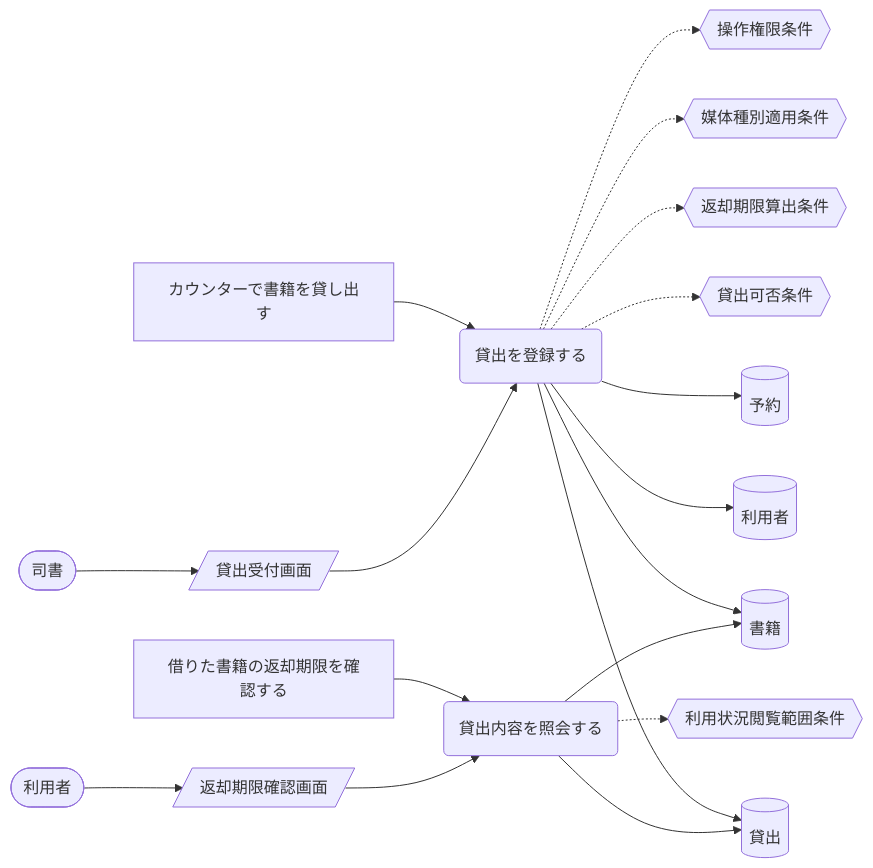
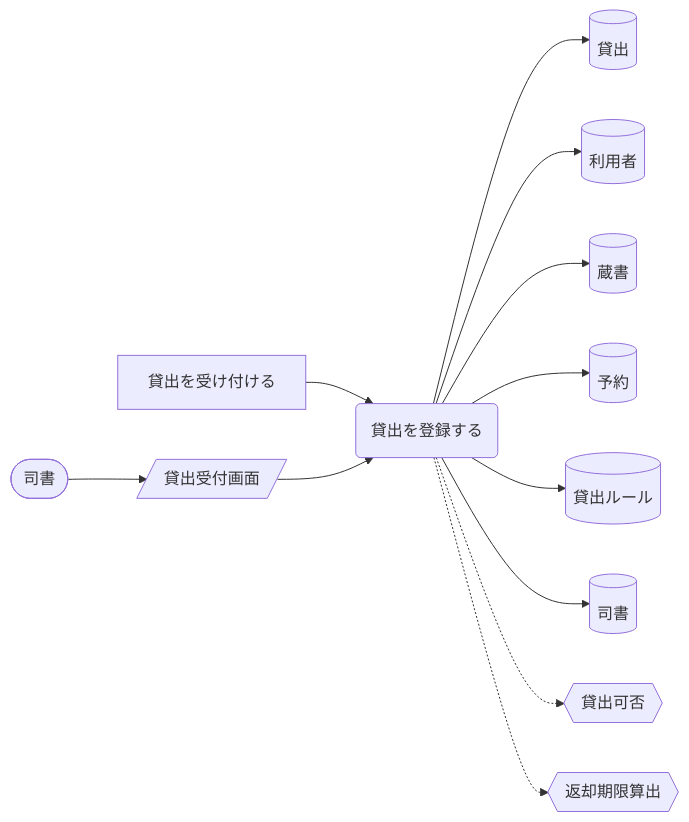
Before and after one commit to suwa-sh/suwa-sh-claude-plugins: the fourth of 11 diagrams in samples/distillery2/library-loan/docs/requirements/rdra/views/04_UC複合図.md, drawn with Mermaid. The commit also changed other lines of this file and 249 other files, not shown here.

````diff
--- a/samples/distillery2/library-loan/docs/requirements/rdra/views/04_UC複合図.md
+++ b/samples/distillery2/library-loan/docs/requirements/rdra/views/04_UC複合図.md
@@ -174,37 +160,26 @@
 ```mermaid
 graph LR
   UC1("貸出を登録する")
-  AT1["カウンターで書籍を貸し出す"]
+  AT1["貸出を受け付ける"]
   IF1[("貸出")]
-  IF2[("書籍")]
-  IF3[("利用者")]
+  IF2[("利用者")]
+  IF3[("蔵書")]
   IF4[("予約")]
-  CD1{{"貸出可否条件"}}
-  CD2{{"返却期限算出条件"}}
-  CD3{{"媒体種別適用条件"}}
-  CD4{{"操作権限条件"}}
+  IF5[("貸出ルール")]
+  IF6[("司書")]
+  CD1{{"貸出可否"}}
+  CD2{{"返却期限算出"}}
   SC1[/"貸出受付画面"/]
   AC1(["司書"])
-  UC2("貸出内容を照会する")
-  AT2["借りた書籍の返却期限を確認する"]
-  CD5{{"利用状況閲覧範囲条件"}}
-  SC2[/"返却期限確認画面"/]
-  AC2(["利用者"])
   AT1 --> UC1
   UC1 --> IF1
   UC1 --> IF2
   UC1 --> IF3
   UC1 --> IF4
+  UC1 --> IF5
+  UC1 --> IF6
   UC1 -.-> CD1
   UC1 -.-> CD2
-  UC1 -.-> CD3
-  UC1 -.-> CD4
   AC1 --> SC1
   SC1 --> UC1
-  AT2 --> UC2
-  UC2 --> IF1
-  UC2 --> IF2
-  UC2 -.-> CD5
-  AC2 --> SC2
-  SC2 --> UC2
 ```
````
